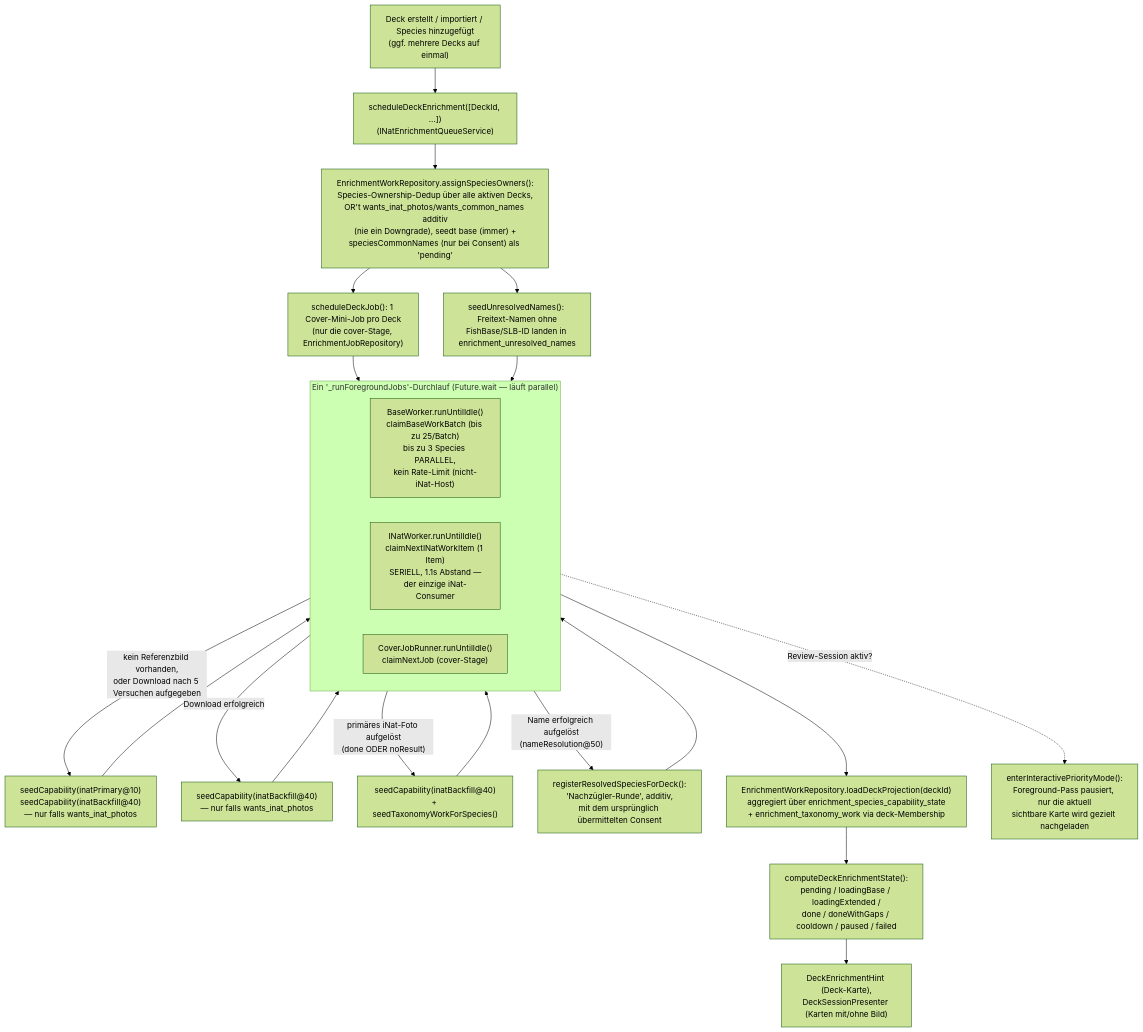
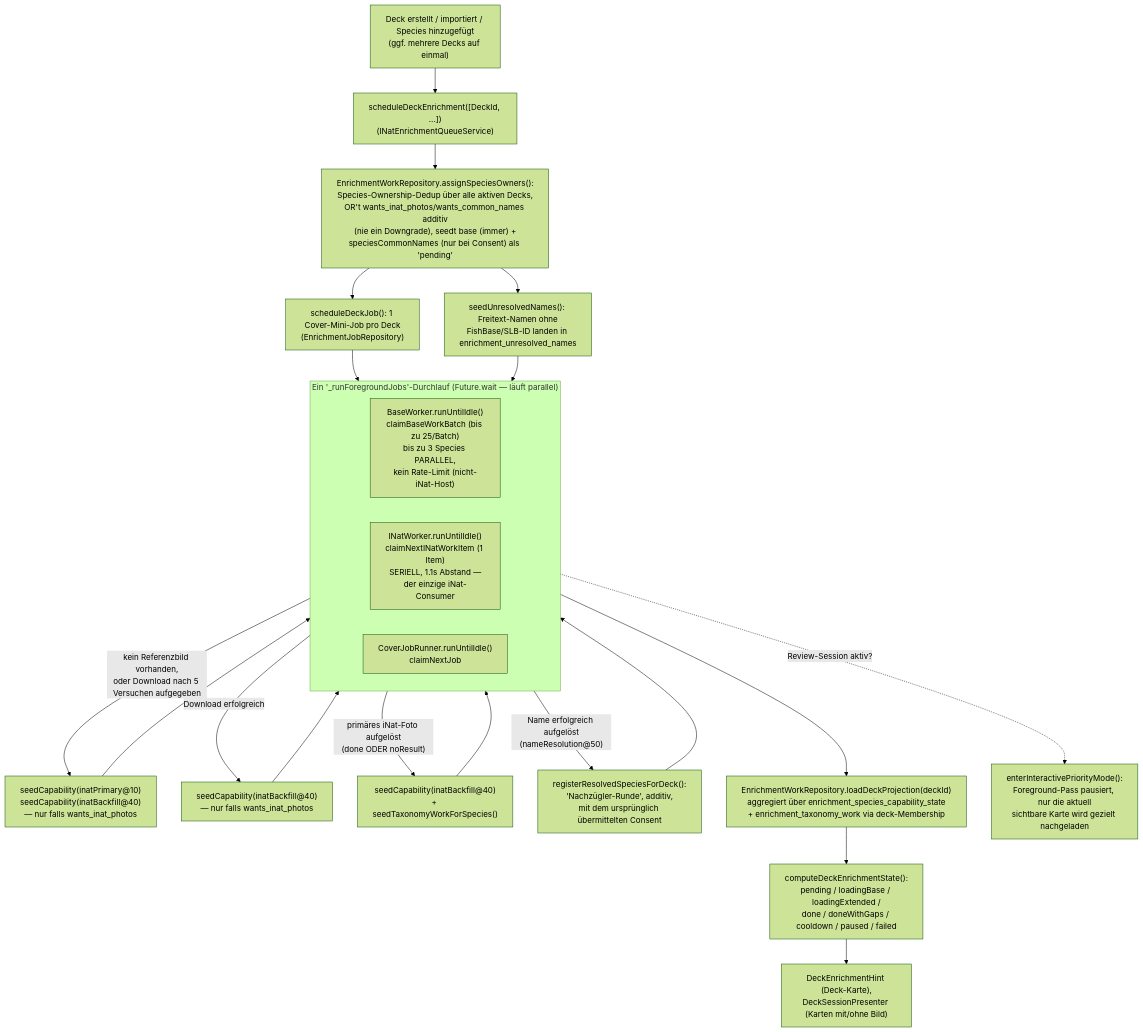
Before and after one commit to discere-app/discere: the first of 2 diagrams in docs/enrichment.md, drawn with Mermaid (forest theme). The commit also changed other lines of this file and 17 other files, not shown here.

First line of the commit message:
enrichment: Cover-Job auf eine Tabelle zurückbauen

````diff
--- a/docs/enrichment.md
+++ b/docs/enrichment.md
@@ -19,33 +19,33 @@
 ```mermaid
 flowchart TD
     A["Deck erstellt / importiert / Species hinzugefügt<br/>(ggf. mehrere Decks auf einmal)"] --> B["scheduleDeckEnrichment([DeckId, ...])<br/>(INatEnrichmentQueueService)"]
     B --> OWN["EnrichmentWorkRepository.assignSpeciesOwners():<br/>Species-Ownership-Dedup über alle aktiven Decks,<br/>OR't wants_inat_photos/wants_common_names additiv<br/>(nie ein Downgrade), seedt base (immer) +<br/>speciesCommonNames (nur bei Consent) als 'pending'"]
-    OWN --> COVER["scheduleDeckJob(): 1 Cover-Mini-Job pro Deck<br/>(nur die cover-Stage, EnrichmentJobRepository)"]
+    OWN --> COVER["scheduleDeckJob(): 1 Cover-Mini-Job pro Deck<br/>(EnrichmentJobRepository)"]
     OWN --> UNRES["seedUnresolvedNames(): Freitext-Namen ohne<br/>FishBase/SLB-ID landen in enrichment_unresolved_names"]
 
     subgraph PASS ["Ein '_runForegroundJobs'-Durchlauf (Future.wait — läuft parallel)"]
         direction LR
         BW["BaseWorker.runUntilIdle()<br/>claimBaseWorkBatch (bis zu 25/Batch)<br/>bis zu 3 Species PARALLEL,<br/>kein Rate-Limit (nicht-iNat-Host)"]
         IW["INatWorker.runUntilIdle()<br/>claimNextINatWorkItem (1 Item)<br/>SERIELL, 1.1s Abstand —<br/>der einzige iNat-Consumer"]
-        CJ["CoverJobRunner.runUntilIdle()<br/>claimNextJob (cover-Stage)"]
+        CJ["CoverJobRunner.runUntilIdle()<br/>claimNextJob"]
     end
 
     COVER --> PASS
     UNRES --> PASS
 
     BW -->|"kein Referenzbild vorhanden,<br/>oder Download nach 5 Versuchen aufgegeben"| SEED1["seedCapability(inatPrimary@10)<br/>seedCapability(inatBackfill@40)<br/>— nur falls wants_inat_photos"]
     BW -->|"Download erfolgreich"| SEED2["seedCapability(inatBackfill@40)<br/>— nur falls wants_inat_photos"]
     SEED1 --> IW
     SEED2 --> IW
 
     IW -->|"primäres iNat-Foto aufgelöst<br/>(done ODER noResult)"| SEED3["seedCapability(inatBackfill@40)<br/>+ seedTaxonomyWorkForSpecies()"]
     IW -->|"Name erfolgreich aufgelöst<br/>(nameResolution@50)"| STRAG["registerResolvedSpeciesForDeck():<br/>'Nachzügler-Runde', additiv,<br/>mit dem ursprünglich übermittelten Consent"]
     SEED3 --> IW
     STRAG --> IW
 
     PASS --> PROJ["EnrichmentWorkRepository.loadDeckProjection(deckId)<br/>aggregiert über enrichment_species_capability_state<br/>+ enrichment_taxonomy_work via deck-Membership"]
     PROJ --> STATE["computeDeckEnrichmentState():<br/>pending / loadingBase / loadingExtended /<br/>done / doneWithGaps / cooldown / paused / failed"]
     STATE --> UI["DeckEnrichmentHint (Deck-Karte),<br/>DeckSessionPresenter (Karten mit/ohne Bild)"]
 
     PASS -.->|"Review-Session aktiv?"| INT["enterInteractivePriorityMode():<br/>Foreground-Pass pausiert, nur die aktuell<br/>sichtbare Karte wird gezielt nachgeladen"]
 ```
````
